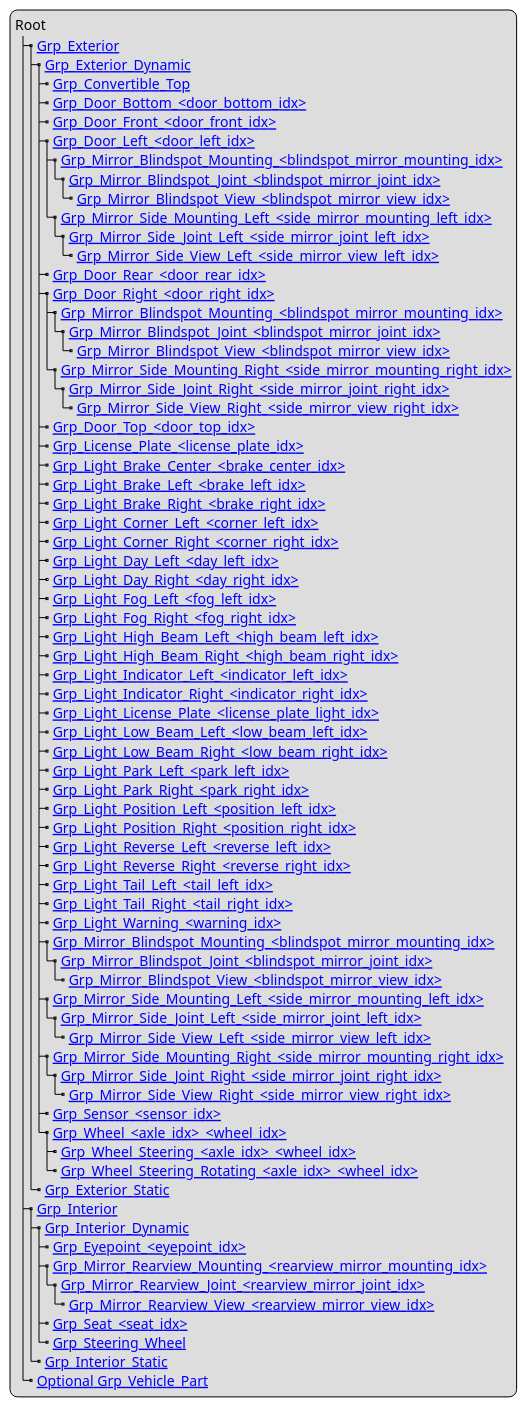
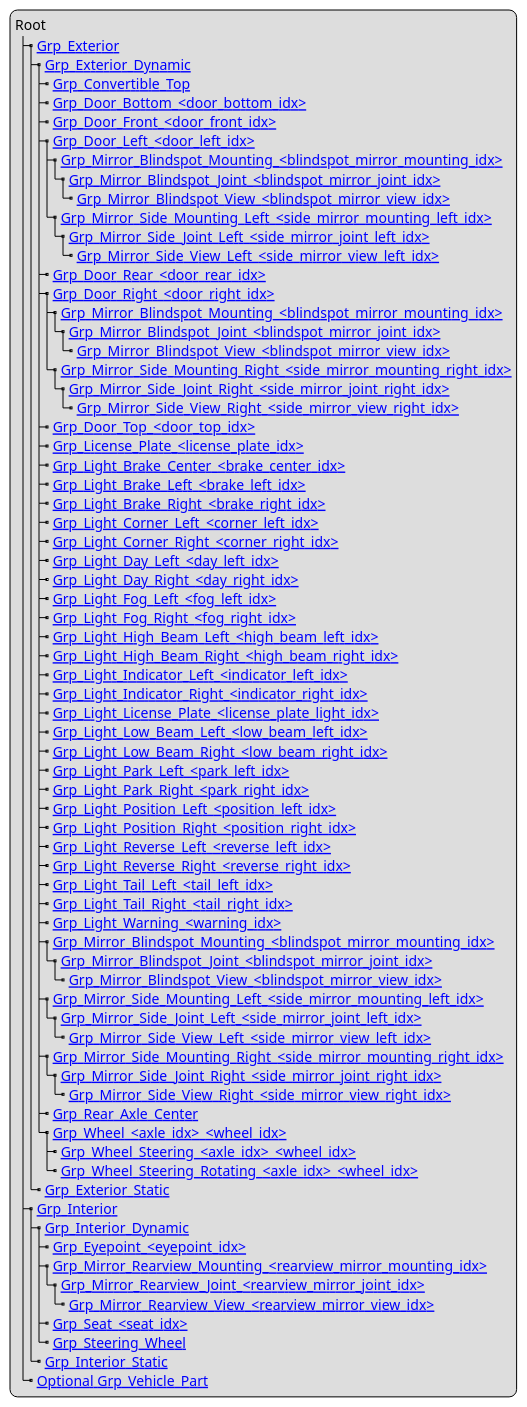
One commit to asam-ev/OpenMATERIAL changed the diagram in content/geometry/object-vehicle/vehicle-structure.adoc. Above: the diagram before and after it, drawn with PlantUML. The commit also changed other lines of this file, not shown here.

Commit message:
Add Grp_Rear_Axle_Center to definition

```diff
--- a/content/geometry/object-vehicle/vehicle-structure.adoc
+++ b/content/geometry/object-vehicle/vehicle-structure.adoc
@@ -9,77 +9,77 @@
 [plantuml]
 ----
 legend
 Root
 |_ [[../geometry/object-classes.html#_grp_exterior Grp_Exterior]]
   |_ [[../geometry/object-classes.html#_grp_exterior_dynamic Grp_Exterior_Dynamic]]
     |_ [[../geometry/object-classes.html#_grp_convertible_top Grp_Convertible_Top]]
     |_ [[../geometry/object-classes.html#_grp_door_bottom_door_bottom_idx Grp_Door_Bottom_<door_bottom_idx>]]
     |_ [[../geometry/object-classes.html#_grp_door_front_door_front_idx Grp_Door_Front_<door_front_idx>]]
     |_ [[../geometry/object-classes.html#_grp_door_left_door_left_idx Grp_Door_Left_<door_left_idx>]]
       |_ [[../geometry/object-classes.html#_grp_mirror_blindspot_mounting_blindspot_mirror_mounting_idx Grp_Mirror_Blindspot_Mounting_<blindspot_mirror_mounting_idx>]]
         |_ [[../geometry/object-classes.html#_grp_mirror_blindspot_joint_blindspot_mirror_joint_idx Grp_Mirror_Blindspot_Joint_<blindspot_mirror_joint_idx>]]
           |_ [[../geometry/object-classes.html#_grp_mirror_blindspot_view_blindspot_mirror_view_idx Grp_Mirror_Blindspot_View_<blindspot_mirror_view_idx>]]
       |_ [[../geometry/object-classes.html#_grp_mirror_side_mounting_left_side_mirror_mounting_left_id Grp_Mirror_Side_Mounting_Left_<side_mirror_mounting_left_idx>]]
         |_ [[../geometry/object-classes.html#_grp_mirror_side_joint_left_side_mirror_joint_left_idx Grp_Mirror_Side_Joint_Left_<side_mirror_joint_left_idx> ]]
           |_ [[../geometry/object-classes.html#_grp_mirror_side_view_left_side_mirror_view_left_idx Grp_Mirror_Side_View_Left_<side_mirror_view_left_idx> ]]
     |_ [[../geometry/object-classes.html#_grp_door_rear_door_rear_idx Grp_Door_Rear_<door_rear_idx>]]
     |_ [[../geometry/object-classes.html#_grp_door_right_door_right_idx Grp_Door_Right_<door_right_idx>]]
       |_ [[../geometry/object-classes.html#_grp_mirror_blindspot_mounting_blindspot_mirror_mounting_idx Grp_Mirror_Blindspot_Mounting_<blindspot_mirror_mounting_idx>]]
         |_ [[../geometry/object-classes.html#_grp_mirror_blindspot_joint_blindspot_mirror_joint_idx Grp_Mirror_Blindspot_Joint_<blindspot_mirror_joint_idx>]]
           |_ [[../geometry/object-classes.html#_grp_mirror_blindspot_view_blindspot_mirror_view_idx Grp_Mirror_Blindspot_View_<blindspot_mirror_view_idx>]]
       |_ [[../geometry/object-classes.html#_grp_mirror_side_mounting_right_side_mirror_mounting_right_idx Grp_Mirror_Side_Mounting_Right_<side_mirror_mounting_right_idx>]]
         |_ [[../geometry/object-classes.html#_grp_mirror_side_joint_right_side_mirror_joint_right_idx Grp_Mirror_Side_Joint_Right_<side_mirror_joint_right_idx> ]]
           |_ [[../geometry/object-classes.html#_grp_mirror_side_view_right_side_mirror_view_right_idx Grp_Mirror_Side_View_Right_<side_mirror_view_right_idx> ]]
     |_ [[../geometry/object-classes.html#_grp_door_top_door_top_idx Grp_Door_Top_<door_top_idx>]]
     |_ [[../geometry/object-classes.html#_grp_license_plate_license_plate_idx Grp_License_Plate_<license_plate_idx>]]
     |_ [[../geometry/object-classes.html#_grp_light_brake_center_brake_center_idx Grp_Light_Brake_Center_<brake_center_idx>]]
     |_ [[../geometry/object-classes.html#_grp_light_brake_left_brake_left_idx Grp_Light_Brake_Left_<brake_left_idx>]]
     |_ [[../geometry/object-classes.html#_grp_light_brake_right_brake_right_idx Grp_Light_Brake_Right_<brake_right_idx>]]
     |_ [[../geometry/object-classes.html#_grp_light_corner_left_corner_left_idx Grp_Light_Corner_Left_<corner_left_idx>]]
     |_ [[../geometry/object-classes.html#_grp_light_corner_right_corner_right_idx Grp_Light_Corner_Right_<corner_right_idx>]]
     |_ [[../geometry/object-classes.html#_grp_light_day_left_day_left_idx Grp_Light_Day_Left_<day_left_idx>]]
     |_ [[../geometry/object-classes.html#_grp_light_day_right_day_right_idx Grp_Light_Day_Right_<day_right_idx>]]
     |_ [[../geometry/object-classes.html#_grp_light_fog_left_fog_left_idx Grp_Light_Fog_Left_<fog_left_idx>]]
     |_ [[../geometry/object-classes.html#_grp_light_fog_right_fog_right_idx Grp_Light_Fog_Right_<fog_right_idx>]]
     |_ [[../geometry/object-classes.html#_grp_light_high_beam_left_high_beam_left_idx Grp_Light_High_Beam_Left_<high_beam_left_idx>]]
     |_ [[../geometry/object-classes.html#_grp_light_high_beam_right_high_beam_right_idx Grp_Light_High_Beam_Right_<high_beam_right_idx>]]
     |_ [[../geometry/object-classes.html#_grp_light_indicator_left_indicator_left_idx Grp_Light_Indicator_Left_<indicator_left_idx>]]
     |_ [[../geometry/object-classes.html#_grp_light_indicator_right_indicator_right_idx Grp_Light_Indicator_Right_<indicator_right_idx>]]
     |_ [[../geometry/object-classes.html#_grp_light_license_plate_license_plate_light_idx Grp_Light_License_Plate_<license_plate_light_idx>]]
     |_ [[../geometry/object-classes.html#_grp_light_low_beam_left_low_beam_left_idx Grp_Light_Low_Beam_Left_<low_beam_left_idx>]]
     |_ [[../geometry/object-classes.html#_grp_light_low_beam_right_low_beam_right_idx Grp_Light_Low_Beam_Right_<low_beam_right_idx>]]
     |_ [[../geometry/object-classes.html#_grp_light_park_left_park_left_idx Grp_Light_Park_Left_<park_left_idx>]]
     |_ [[../geometry/object-classes.html#_grp_light_park_right_park_right_idx Grp_Light_Park_Right_<park_right_idx> ]]
     |_ [[../geometry/object-classes.html#_grp_light_position_left_position_left_idx Grp_Light_Position_Left_<position_left_idx>]]
     |_ [[../geometry/object-classes.html#_grp_light_position_right_position_right_idx Grp_Light_Position_Right_<position_right_idx>]]
     |_ [[../geometry/object-classes.html#_grp_light_reverse_left_reverse_left_idx Grp_Light_Reverse_Left_<reverse_left_idx>]]
     |_ [[../geometry/object-classes.html#_grp_light_reverse_right_reverse_right_idx Grp_Light_Reverse_Right_<reverse_right_idx>]]
     |_ [[../geometry/object-classes.html#_grp_light_tail_left_tail_left_idx Grp_Light_Tail_Left_<tail_left_idx>]]
     |_ [[../geometry/object-classes.html#_grp_light_tail_right_tail_right_idx Grp_Light_Tail_Right_<tail_right_idx>]]
     |_ [[../geometry/object-classes.html#_grp_light_warning_warning_idx Grp_Light_Warning_<warning_idx>]]
     |_ [[../geometry/object-classes.html#_grp_mirror_blindspot_mounting_blindspot_mirror_mounting_idx Grp_Mirror_Blindspot_Mounting_<blindspot_mirror_mounting_idx>]]
       |_ [[../geometry/object-classes.html#_grp_mirror_blindspot_joint_blindspot_mirror_joint_idx Grp_Mirror_Blindspot_Joint_<blindspot_mirror_joint_idx>]]
         |_ [[../geometry/object-classes.html#_grp_mirror_blindspot_view_blindspot_mirror_view_idx Grp_Mirror_Blindspot_View_<blindspot_mirror_view_idx>]]
     |_ [[../geometry/object-classes.html#_grp_mirror_side_mounting_left_side_mirror_mounting_left_id Grp_Mirror_Side_Mounting_Left_<side_mirror_mounting_left_idx>]]
       |_ [[../geometry/object-classes.html#_grp_mirror_side_joint_left_side_mirror_joint_left_idx Grp_Mirror_Side_Joint_Left_<side_mirror_joint_left_idx> ]]
         |_ [[../geometry/object-classes.html#_grp_mirror_side_view_left_side_mirror_view_left_idx Grp_Mirror_Side_View_Left_<side_mirror_view_left_idx> ]]
     |_ [[../geometry/object-classes.html#_grp_mirror_side_mounting_right_side_mirror_mounting_right_idx Grp_Mirror_Side_Mounting_Right_<side_mirror_mounting_right_idx>]]
       |_ [[../geometry/object-classes.html#_grp_mirror_side_joint_right_side_mirror_joint_right_idx Grp_Mirror_Side_Joint_Right_<side_mirror_joint_right_idx> ]]
         |_ [[../geometry/object-classes.html#_grp_mirror_side_view_right_side_mirror_view_right_idx Grp_Mirror_Side_View_Right_<side_mirror_view_right_idx> ]]
-    |_ [[../geometry/object-classes.html#_grp_sensor_sensor_idx Grp_Sensor_<sensor_idx>]]
+    |_ [[../geometry/object-classes.html#_grp_rear_axle_center Grp_Rear_Axle_Center]]
     |_ [[../geometry/object-classes.html#_grp_wheel_axle_idx_wheel_idx Grp_Wheel_<axle_idx>_<wheel_idx>]]
       |_ [[../geometry/object-classes.html#_grp_wheel_steering_axle_idx_wheel_idx Grp_Wheel_Steering_<axle_idx>_<wheel_idx>]]
       |_ [[../geometry/object-classes.html#_grp_wheel_steering_rotating_axle_idx_wheel_idx Grp_Wheel_Steering_Rotating_<axle_idx>_<wheel_idx>]]
   |_ [[../geometry/object-classes.html#_grp_exterior_static Grp_Exterior_Static]]
 |_ [[../geometry/object-classes.html#_grp_interior Grp_Interior]]
   |_ [[../geometry/object-classes.html#_grp_interior_dynamic Grp_Interior_Dynamic]]
     |_ [[../geometry/object-classes.html#_grp_eyepoint_eyepoint_idx Grp_Eyepoint_<eyepoint_idx>]]
     |_ [[../geometry/object-classes.html#_grp_mirror_rearview_mounting_rearview_mirror_mounting_idx Grp_Mirror_Rearview_Mounting_<rearview_mirror_mounting_idx>]]
       |_ [[../geometry/object-classes.html#_grp_mirror_rearview_joint_rearview_mirror_joint_idx Grp_Mirror_Rearview_Joint_<rearview_mirror_joint_idx>]]
         |_ [[../geometry/object-classes.html#_grp_mirror_rearview_view_rearview_mirror_view_idx Grp_Mirror_Rearview_View_<rearview_mirror_view_idx>]]
     |_ [[../geometry/object-classes.html#_grp_seat_seat_idx Grp_Seat_<seat_idx>]]
     |_ [[../geometry/object-classes.html#_grp_steering_wheel Grp_Steering_Wheel]]
   |_ [[../geometry/object-classes.html#_grp_interior_static Grp_Interior_Static]]
 |_ [[../geometry/object-classes.html#_grp_vehicle_part Optional Grp_Vehicle_Part]]
 end legend
 ----
```
